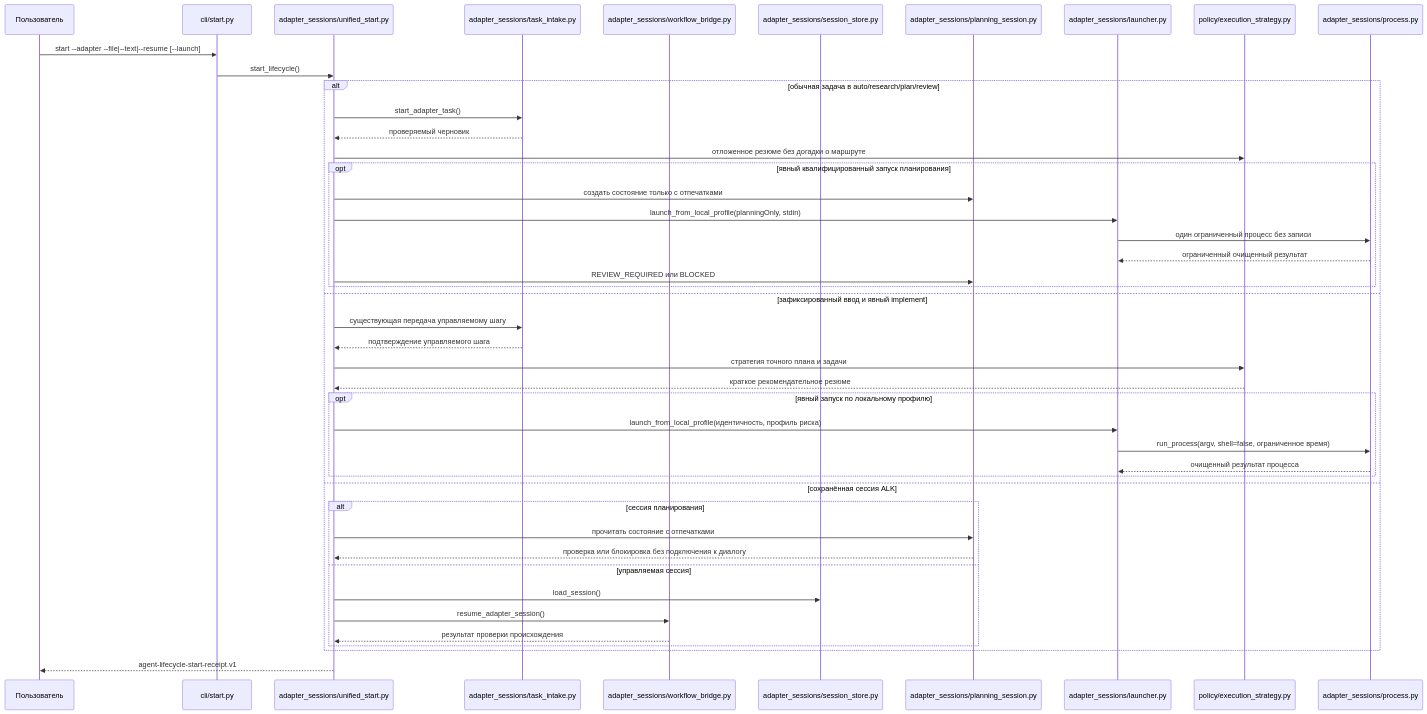
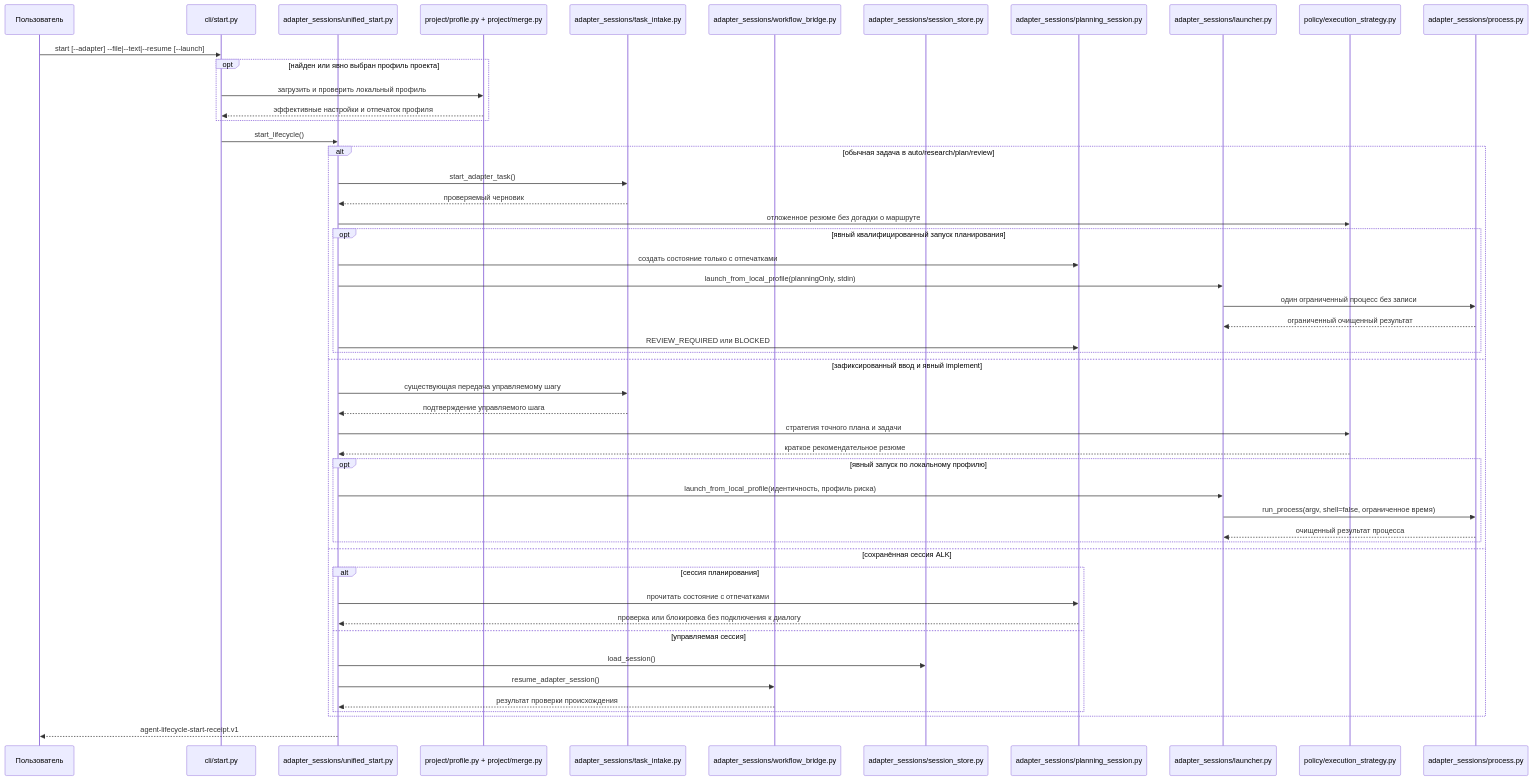
The sixth of 15 diagrams in docs/ru/architecture/system-architecture.md (avksp/agent-lifecycle-kit), drawn with Mermaid before and after one commit. The commit also changed other lines of this file and 61 other files, not shown here.

````diff
--- a/docs/ru/architecture/system-architecture.md
+++ b/docs/ru/architecture/system-architecture.md
@@ -302,48 +307,53 @@
 ```mermaid
 sequenceDiagram
   participant User as Пользователь
   participant StartCLI as cli/start.py
   participant Start as adapter_sessions/unified_start.py
+  participant Profile as project/profile.py + project/merge.py
   participant Intake as adapter_sessions/task_intake.py
   participant Resume as adapter_sessions/workflow_bridge.py
   participant Store as adapter_sessions/session_store.py
   participant PlanningStore as adapter_sessions/planning_session.py
   participant LocalLaunch as adapter_sessions/launcher.py
   participant Strategy as policy/execution_strategy.py
   participant Process as adapter_sessions/process.py
 
-  User->>StartCLI: start --adapter --file|--text|--resume [--launch]
+  User->>StartCLI: start [--adapter] --file|--text|--resume [--launch]
+  opt найден или явно выбран профиль проекта
+    StartCLI->>Profile: загрузить и проверить локальный профиль
+    Profile-->>StartCLI: эффективные настройки и отпечаток профиля
+  end
   StartCLI->>Start: start_lifecycle()
   alt обычная задача в auto/research/plan/review
     Start->>Intake: start_adapter_task()
     Intake-->>Start: проверяемый черновик
     Start->>Strategy: отложенное резюме без догадки о маршруте
     opt явный квалифицированный запуск планирования
       Start->>PlanningStore: создать состояние только с отпечатками
       Start->>LocalLaunch: launch_from_local_profile(planningOnly, stdin)
       LocalLaunch->>Process: один ограниченный процесс без записи
       Process-->>LocalLaunch: ограниченный очищенный результат
       Start->>PlanningStore: REVIEW_REQUIRED или BLOCKED
     end
   else зафиксированный ввод и явный implement
     Start->>Intake: существующая передача управляемому шагу
     Intake-->>Start: подтверждение управляемого шага
     Start->>Strategy: стратегия точного плана и задачи
     Strategy-->>Start: краткое рекомендательное резюме
     opt явный запуск по локальному профилю
       Start->>LocalLaunch: launch_from_local_profile(идентичность, профиль риска)
       LocalLaunch->>Process: run_process(argv, shell=false, ограниченное время)
       Process-->>LocalLaunch: очищенный результат процесса
     end
   else сохранённая сессия ALK
     alt сессия планирования
       Start->>PlanningStore: прочитать состояние с отпечатками
       PlanningStore-->>Start: проверка или блокировка без подключения к диалогу
     else управляемая сессия
       Start->>Store: load_session()
       Start->>Resume: resume_adapter_session()
       Resume-->>Start: результат проверки происхождения
     end
   end
   Start-->>User: agent-lifecycle-start-receipt.v1
 ```
````
